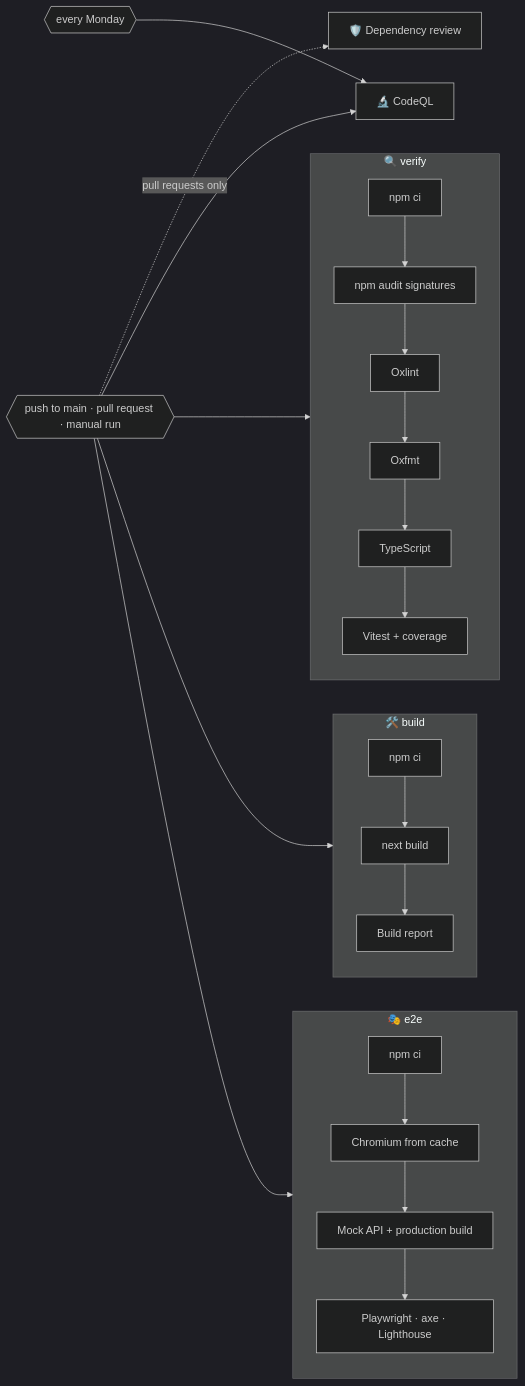
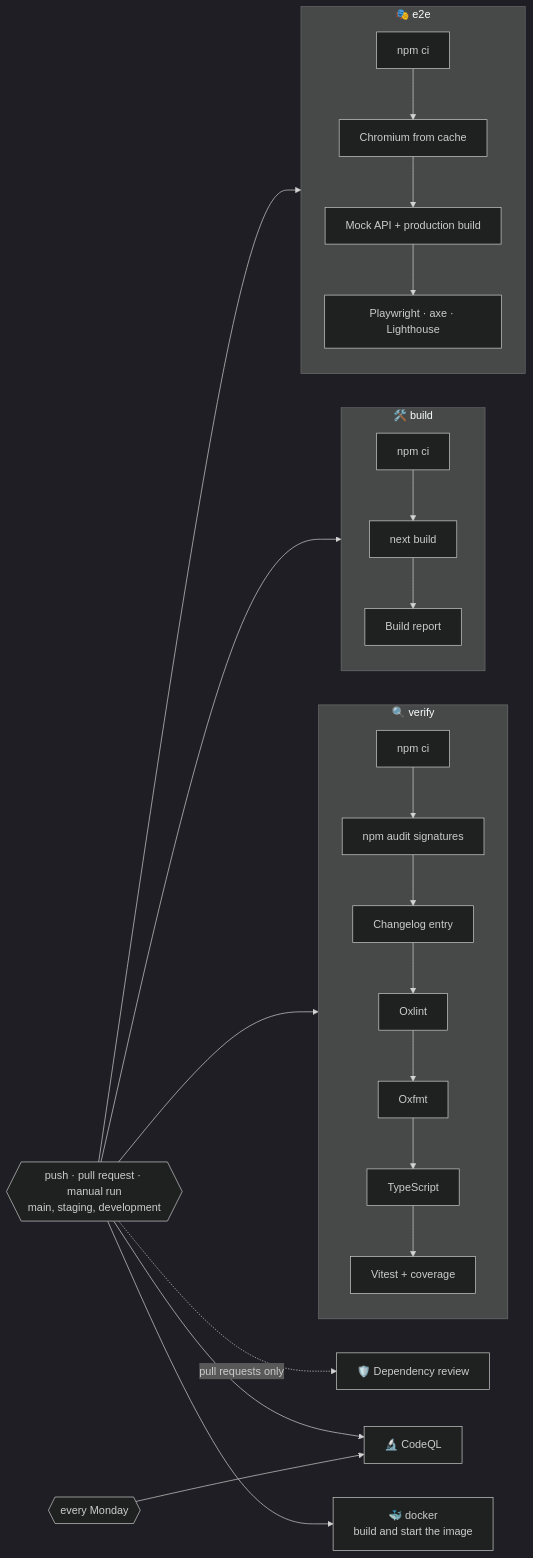
One commit to sacrificed666/next-weather-app changed the diagram in docs/deployment.md. Above: the diagram before and after it, drawn with Mermaid (dark theme). The commit also changed other lines of this file and 143 other files, not shown here.

````diff
--- a/docs/deployment.md
+++ b/docs/deployment.md
@@ -9,24 +9,25 @@
 ```mermaid
 flowchart LR
-  Trigger{{"push to main · pull request · manual run"}} --> Verify
+  Trigger{{"push · pull request · manual run<br/>main, staging, development"}} --> Verify
   Trigger --> Build
   Trigger --> E2E
+  Trigger --> Docker[🐳 docker<br/>build and start the image]
   Trigger -. pull requests only .-> Review[🛡️ Dependency review]
   Trigger --> CodeQL[🔬 CodeQL]
   Weekly{{"every Monday"}} --> CodeQL
 
   subgraph Verify[🔍 verify]
     direction TB
-    V1[npm ci] --> V2[npm audit signatures] --> V3[Oxlint] --> V4[Oxfmt] --> V5[TypeScript] --> V6[Vitest + coverage]
+    V1[npm ci] --> V2[npm audit signatures] --> V3[Changelog entry] --> V4[Oxlint] --> V5[Oxfmt] --> V6[TypeScript] --> V7[Vitest + coverage]
   end
 
   subgraph Build[🛠️ build]
     direction TB
     B1[npm ci] --> B2[next build] --> B3[Build report]
   end
 
   subgraph E2E[🎭 e2e]
     direction TB
     E1[npm ci] --> E2[Chromium from cache] --> E3[Mock API + production build] --> E4[Playwright · axe · Lighthouse]
   end
 ```
````
